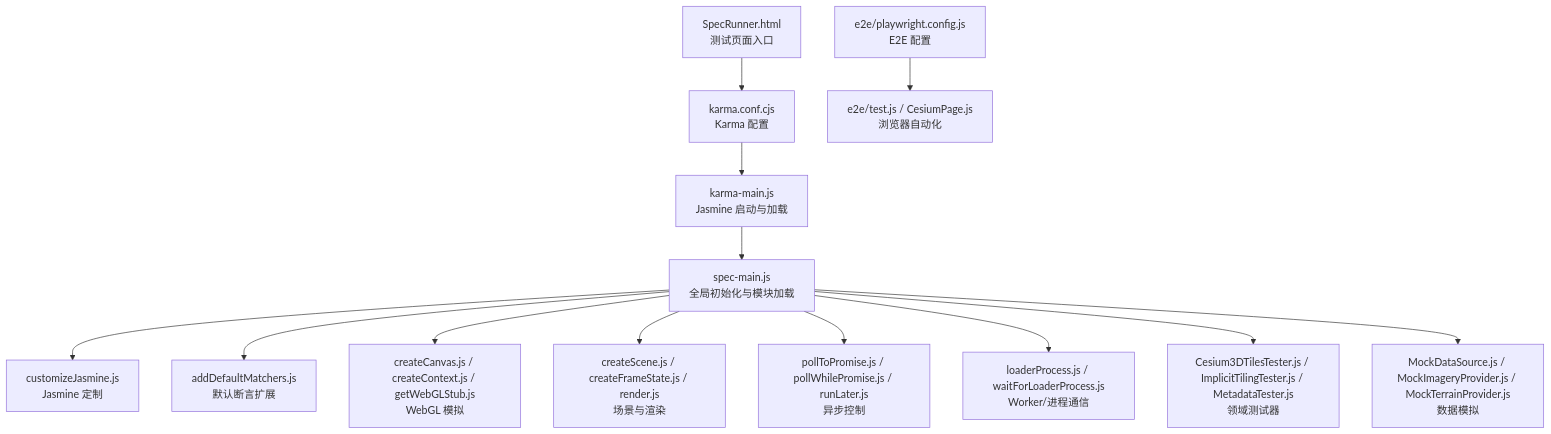
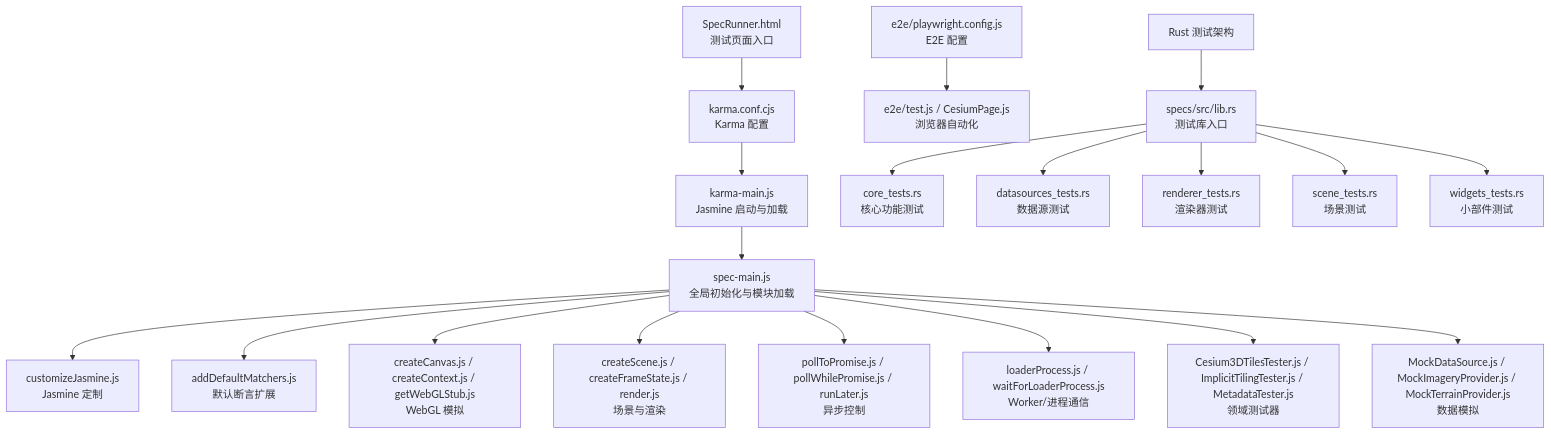
Before and after one commit to rzhangjing/cesium: the first of 7 diagrams in .qoder/repowiki/zh/content/测试与调试/单元测试.md, drawn with Mermaid. The commit also changed other lines of this file and 28 other files, not shown here.

````diff
--- a/.qoder/repowiki/zh/content/测试与调试/单元测试.md
+++ b/.qoder/repowiki/zh/content/测试与调试/单元测试.md
@@ -68,15 +85,21 @@
 ```mermaid
 graph TB
 A["SpecRunner.html<br/>测试页面入口"] --> B["karma.conf.cjs<br/>Karma 配置"]
 B --> C["karma-main.js<br/>Jasmine 启动与加载"]
 C --> D["spec-main.js<br/>全局初始化与模块加载"]
 D --> E["customizeJasmine.js<br/>Jasmine 定制"]
 D --> F["addDefaultMatchers.js<br/>默认断言扩展"]
 D --> G["createCanvas.js / createContext.js / getWebGLStub.js<br/>WebGL 模拟"]
 D --> H["createScene.js / createFrameState.js / render.js<br/>场景与渲染"]
 D --> I["pollToPromise.js / pollWhilePromise.js / runLater.js<br/>异步控制"]
 D --> J["loaderProcess.js / waitForLoaderProcess.js<br/>Worker/进程通信"]
 D --> K["Cesium3DTilesTester.js / ImplicitTilingTester.js / MetadataTester.js<br/>领域测试器"]
 D --> L["MockDataSource.js / MockImageryProvider.js / MockTerrainProvider.js<br/>数据模拟"]
 M["e2e/playwright.config.js<br/>E2E 配置"] --> N["e2e/test.js / CesiumPage.js<br/>浏览器自动化"]
+O["Rust 测试架构"] --> P["specs/src/lib.rs<br/>测试库入口"]
+P --> Q["core_tests.rs<br/>核心功能测试"]
+P --> R["datasources_tests.rs<br/>数据源测试"]
+P --> S["renderer_tests.rs<br/>渲染器测试"]
+P --> T["scene_tests.rs<br/>场景测试"]
+P --> U["widgets_tests.rs<br/>小部件测试"]
 ```
````
